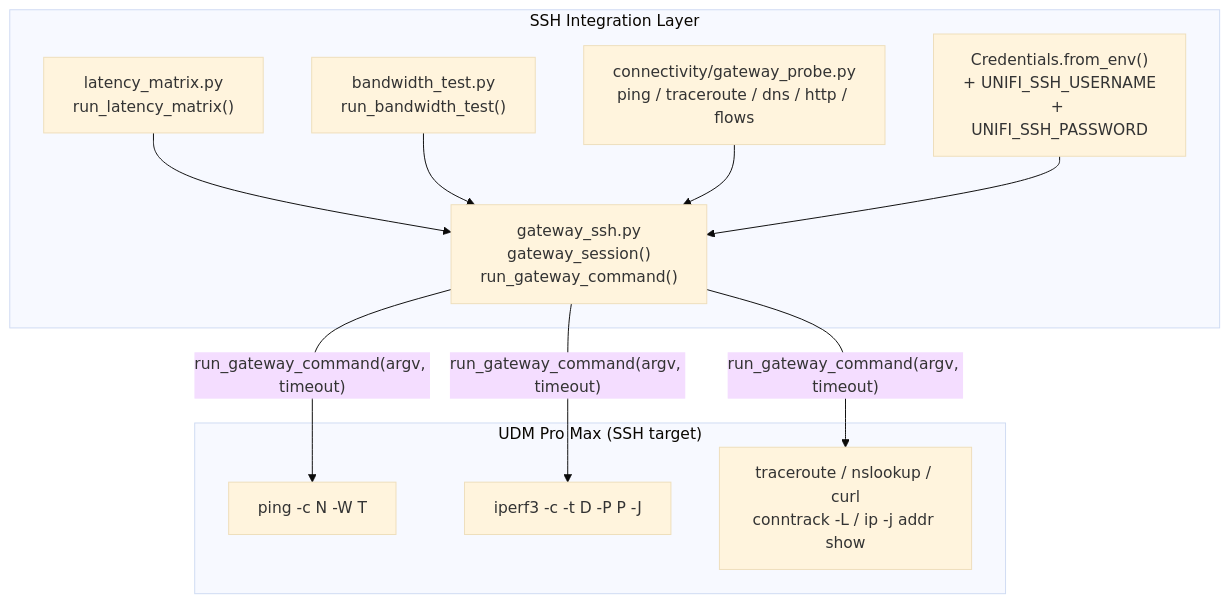
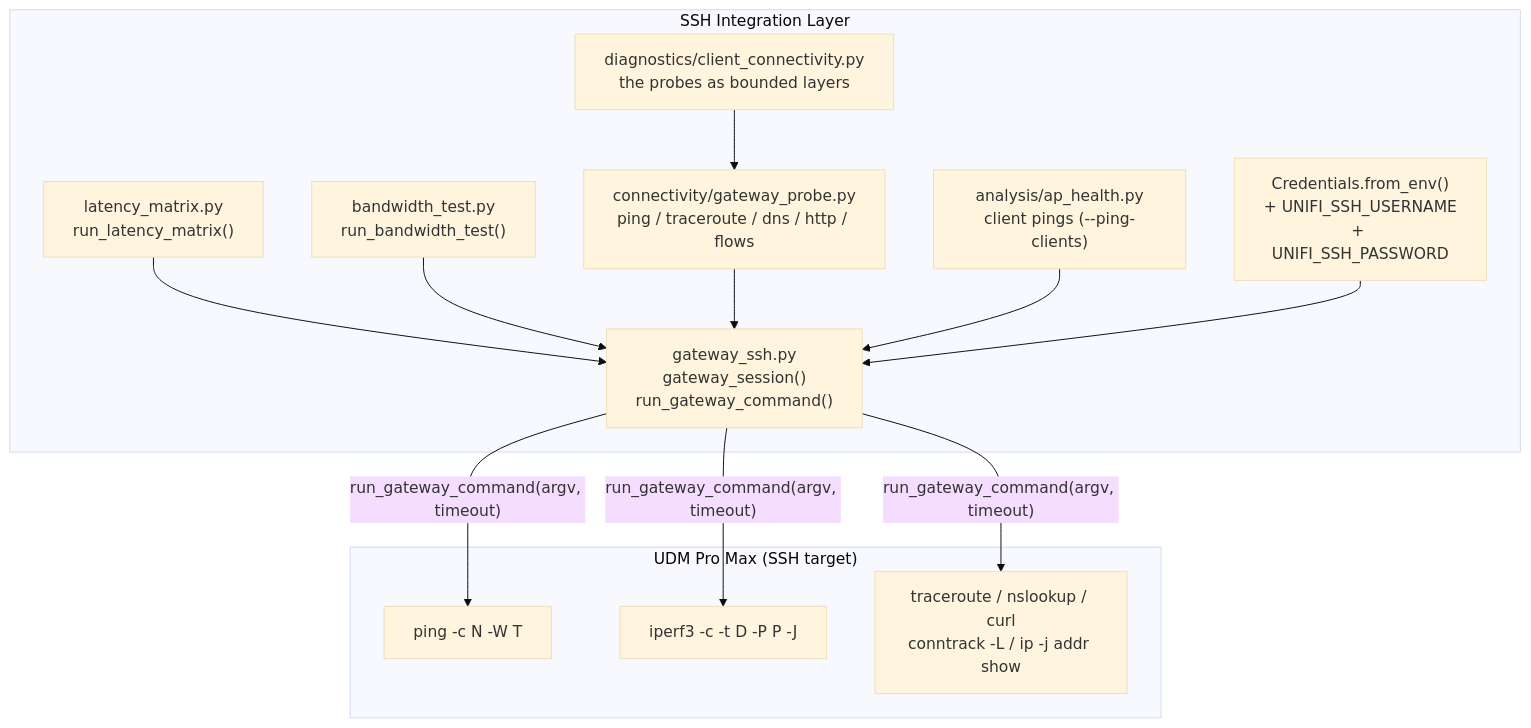
One commit to NetDevAutomate/unifi_management_cli changed diagram 13 of 21 in docs/architecture/architecture-overview.md. Above: the diagram before and after it, drawn with Mermaid (base theme). The commit also changed other lines of this file and 13 other files, not shown here.

First line of the commit message:
feat(diagnose): add client connectivity and AP health sampling

````diff
--- a/docs/architecture/architecture-overview.md
+++ b/docs/architecture/architecture-overview.md
@@ -922,24 +926,28 @@
 ```mermaid
 graph TD
     subgraph ssh_layer["SSH Integration Layer"]
         LM["latency_matrix.py\nrun_latency_matrix()"]
         BW["bandwidth_test.py\nrun_bandwidth_test()"]
         GP["connectivity/gateway_probe.py\nping / traceroute / dns / http / flows"]
+        CC["diagnostics/client_connectivity.py\nthe probes as bounded layers"]
+        AHS["analysis/ap_health.py\nclient pings (--ping-clients)"]
         GS["gateway_ssh.py\ngateway_session()\nrun_gateway_command()"]
         CREDS["Credentials.from_env()\n+ UNIFI_SSH_USERNAME\n+ UNIFI_SSH_PASSWORD"]
     end
 
     subgraph gateway["UDM Pro Max (SSH target)"]
         PING["ping -c N -W T <ip>"]
         IPERF["iperf3 -c <ip> -t D -P P -J"]
         PROBES["traceroute / nslookup / curl\nconntrack -L / ip -j addr show"]
     end
 
     LM --> GS
     BW --> GS
     GP --> GS
+    CC --> GP
+    AHS --> GS
     GS -->|"run_gateway_command(argv, timeout)"| PING
     GS -->|"run_gateway_command(argv, timeout)"| IPERF
     GS -->|"run_gateway_command(argv, timeout)"| PROBES
     CREDS --> GS
 ```
````
